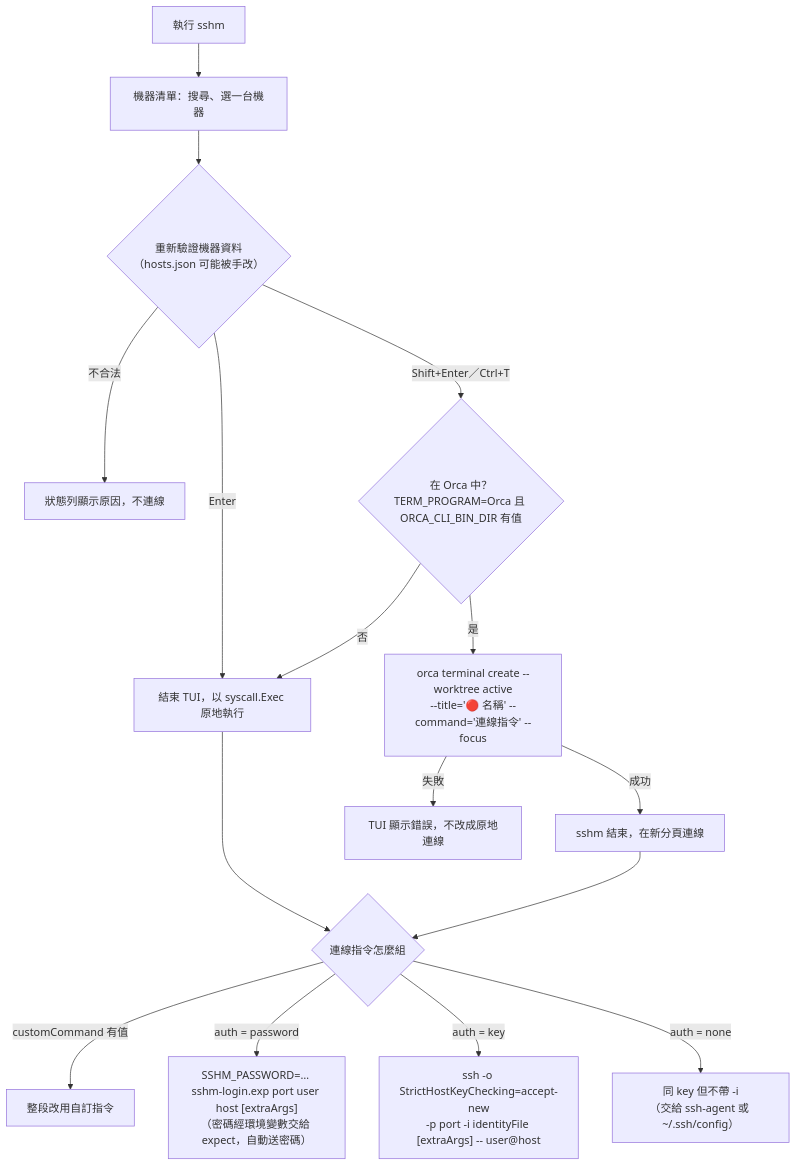
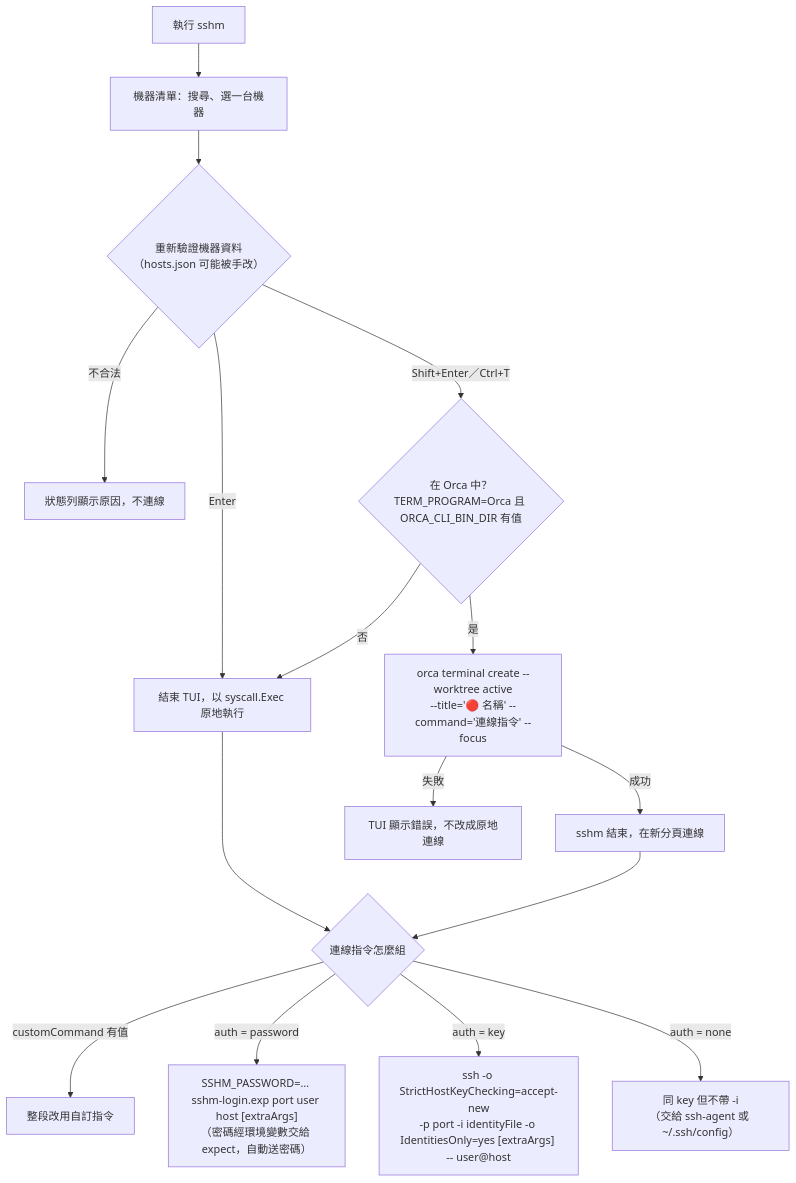
Before and after one commit to mark22013333/sshm: the first of 3 diagrams in README.md, drawn with Mermaid. The commit also changed 7 other files, not shown here.

````diff
--- a/README.md
+++ b/README.md
@@ -219,18 +219,18 @@
 ```mermaid
 flowchart TD
     A["執行 sshm"] --> B["機器清單：搜尋、選一台機器"]
     B --> V{"重新驗證機器資料<br/>（hosts.json 可能被手改）"}
     V -->|不合法| X["狀態列顯示原因，不連線"]
     V -->|Enter| EX["結束 TUI，以 syscall.Exec 原地執行"]
     V -->|"Shift+Enter／Ctrl+T"| O{"在 Orca 中？<br/>TERM_PROGRAM=Orca 且 ORCA_CLI_BIN_DIR 有值"}
     O -->|否| EX
     O -->|是| T["orca terminal create --worktree active<br/>--title='🔴 名稱' --command='連線指令' --focus"]
     T -->|成功| Q["sshm 結束，在新分頁連線"]
     T -->|失敗| ER["TUI 顯示錯誤，不改成原地連線"]
     EX --> C{"連線指令怎麼組"}
     Q --> C
     C -->|"customCommand 有值"| CC["整段改用自訂指令"]
     C -->|"auth = password"| P["SSHM_PASSWORD=… sshm-login.exp port user host [extraArgs]<br/>（密碼經環境變數交給 expect，自動送密碼）"]
-    C -->|"auth = key"| K["ssh -o StrictHostKeyChecking=accept-new<br/>-p port -i identityFile [extraArgs] -- user@host"]
+    C -->|"auth = key"| K["ssh -o StrictHostKeyChecking=accept-new<br/>-p port -i identityFile -o IdentitiesOnly=yes [extraArgs] -- user@host"]
     C -->|"auth = none"| N["同 key 但不帶 -i<br/>（交給 ssh-agent 或 ~/.ssh/config）"]
 ```
````
